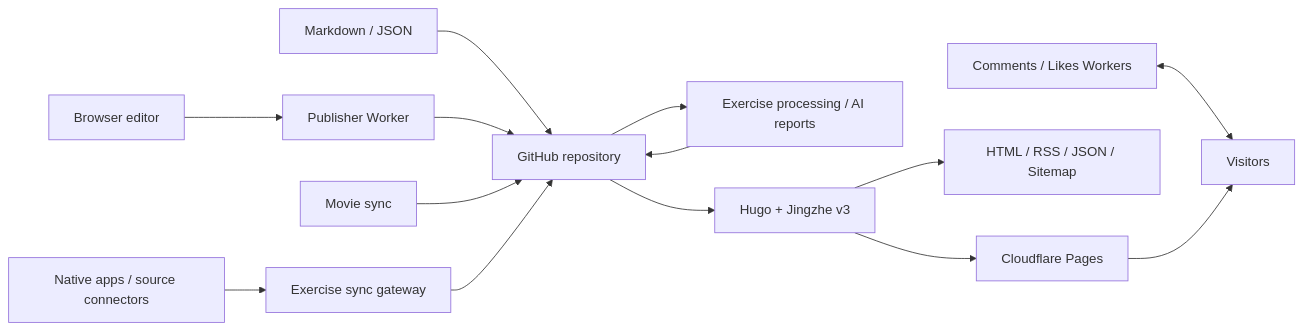
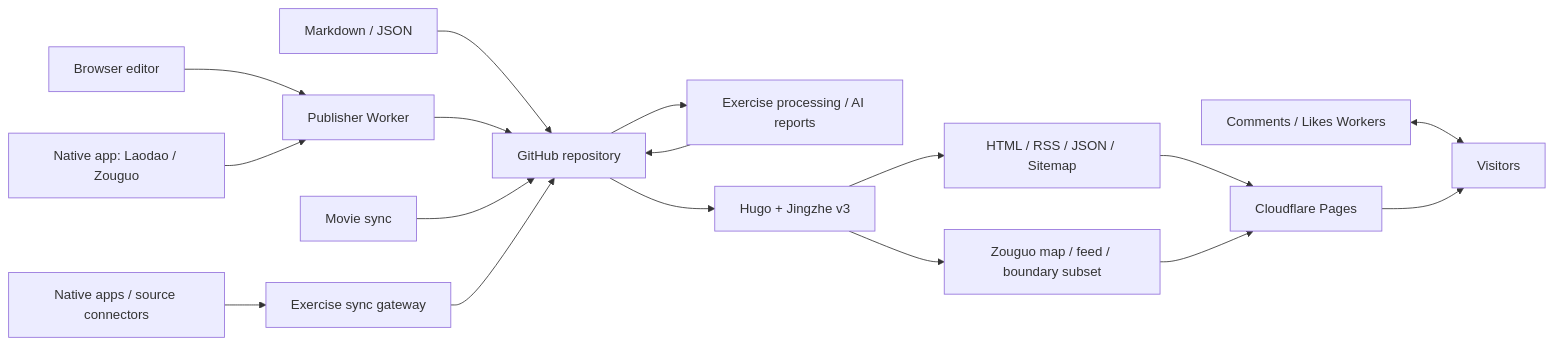
Before and after one commit to koobai/blog: the diagram in README_EN.md, drawn with Mermaid. The commit also changed other lines of this file and 23 other files, not shown here.

````diff
--- a/README_EN.md
+++ b/README_EN.md
@@ -50,16 +51,19 @@
 ```mermaid
 flowchart LR
     A["Markdown / JSON"] --> R["GitHub repository"]
     B["Browser editor"] --> W["Publisher Worker"]
+    Z["Native app: Laodao / Zouguo"] --> W
     W --> R
     C["Movie sync"] --> R
     D["Native apps / source connectors"] --> ASW["Exercise sync gateway"]
     ASW --> R
     R --> P["Exercise processing / AI reports"]
     P --> R
     R --> H["Hugo + Jingzhe v3"]
-    H --> CF["Cloudflare Pages"]
     H --> O["HTML / RSS / JSON / Sitemap"]
+    H --> ZO["Zouguo map / feed / boundary subset"]
+    O --> CF["Cloudflare Pages"]
+    ZO --> CF
     E["Comments / Likes Workers"] <--> V["Visitors"]
     CF --> V
 ```
````
